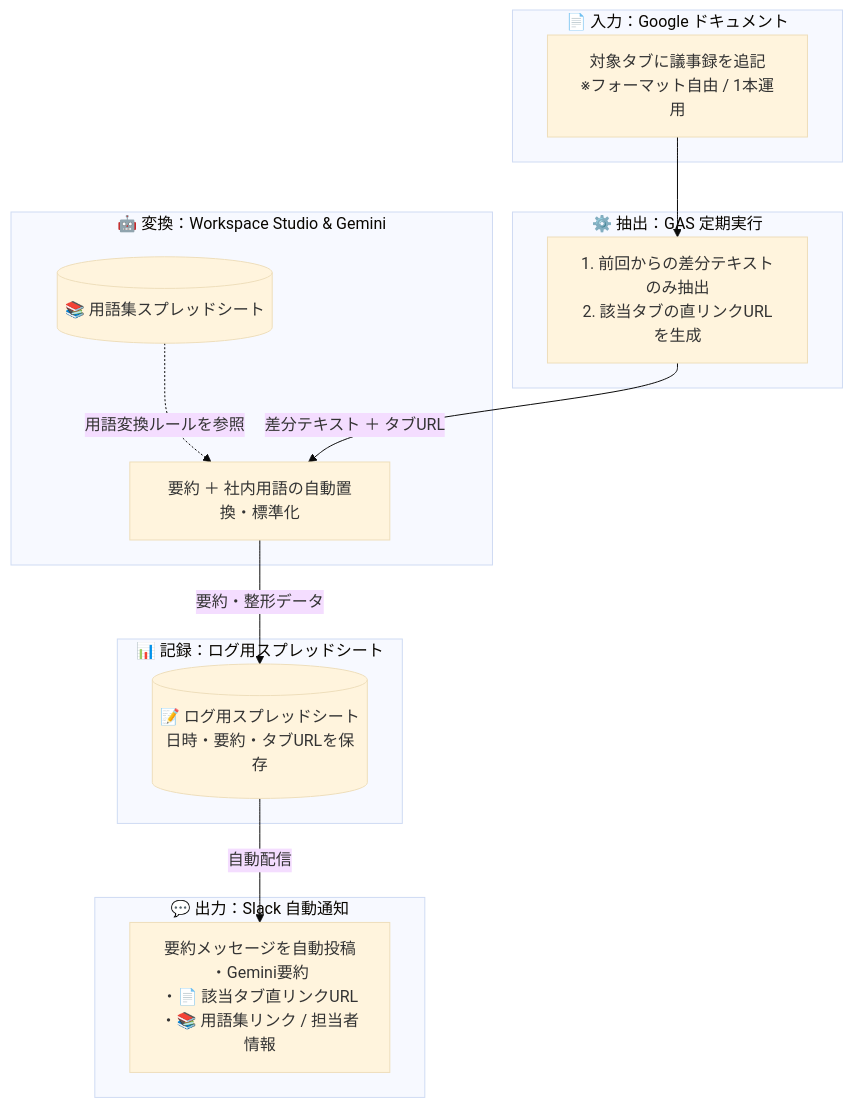
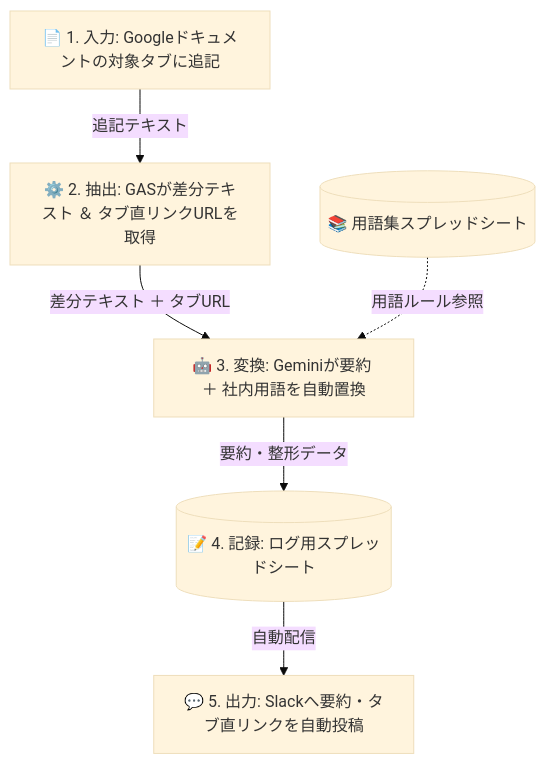
The diagram in README.md (KoheiOshioBNPL/memo), drawn with Mermaid (base theme) before and after one commit.

Commit message:
README.md

````diff
--- a/README.md
+++ b/README.md
@@ -1,35 +1,10 @@
 ```mermaid
 flowchart TD
-    %% 1. 入力
-    subgraph Step1 [📄 入力：Google ドキュメント]
-        A[対象タブに議事録を追記<br>※フォーマット自由 / 1本運用]
-    end
-
-    %% 2. 差分＆URL抽出
-    subgraph Step2 [⚙️ 抽出：GAS 定期実行]
-        B[1. 前回からの差分テキストのみ抽出<br>2. 該当タブの直リンクURLを生成]
-    end
-
-    %% 3. AI要約＆用語置換
-    subgraph Step3 [🤖 変換：Workspace Studio & Gemini]
-        C[要約 ＋ 社内用語の自動置換・標準化]
-        D[(📚 用語集スプレッドシート)]
-        D -.->|用語変換ルールを参照| C
-    end
-
-    %% 4. ログ保存
-    subgraph Step4 [📊 記録：ログ用スプレッドシート]
-        E[(📝 ログ用スプレッドシート<br>日時・要約・タブURLを保存)]
-    end
-
-    %% 5. Slack通知
-    subgraph Step5 [💬 出力：Slack 自動通知]
-        F[要約メッセージを自動投稿<br>・Gemini要約<br>・📄 該当タブ直リンクURL<br>・📚 用語集リンク / 担当者情報]
-    end
-
-    %% データフロー（上から下へ一方通行）
-    A --> B
-    B -->|差分テキスト ＋ タブURL| C
-    C -->|要約・整形データ| E
-    E -->|自動配信| F
+    A[📄 1. 入力: Googleドキュメントの対象タブに追記] -->|追記テキスト| B[⚙️ 2. 抽出: GASが差分テキスト ＆ タブ直リンクURLを取得]
+    B -->|差分テキスト ＋ タブURL| C[🤖 3. 変換: Geminiが要約 ＋ 社内用語を自動置換]
+    
+    D[(📚 用語集スプレッドシート)] -.->|用語ルール参照| C
+    
+    C -->|要約・整形データ| E[(📝 4. 記録: ログ用スプレッドシート)]
+    E -->|自動配信| F[💬 5. 出力: Slackへ要約・タブ直リンクを自動投稿]
 ```
````
